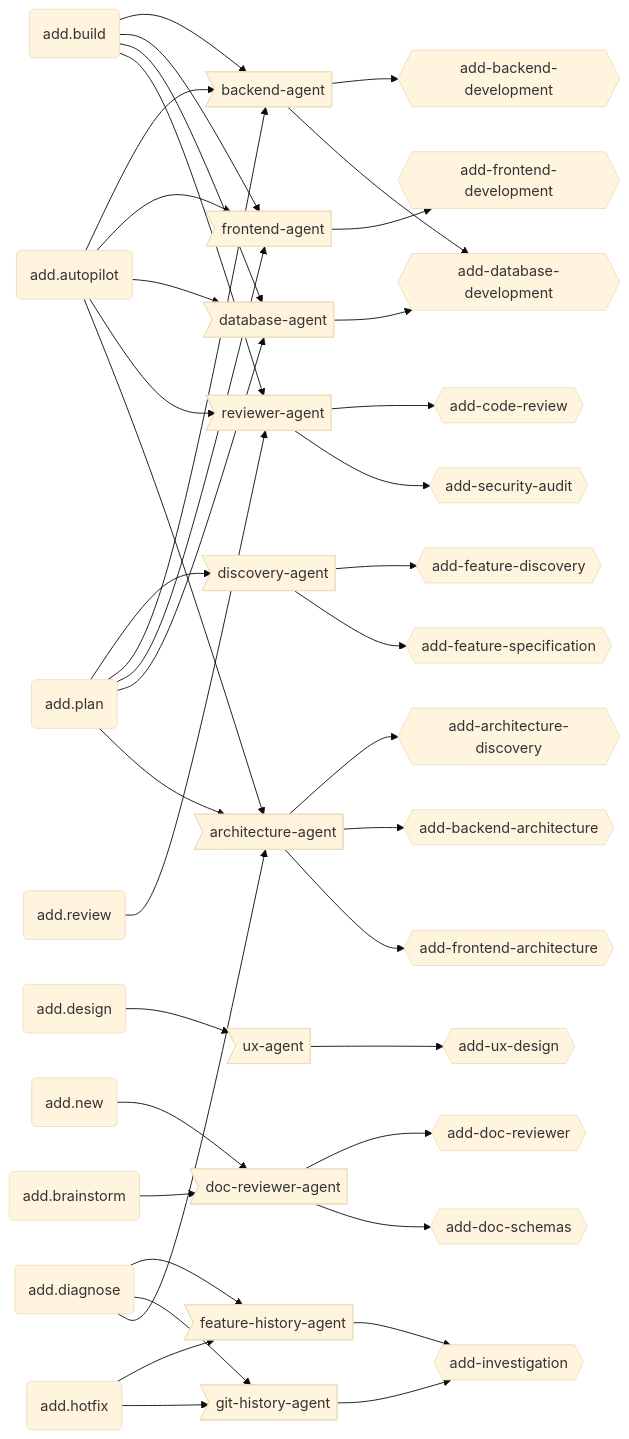
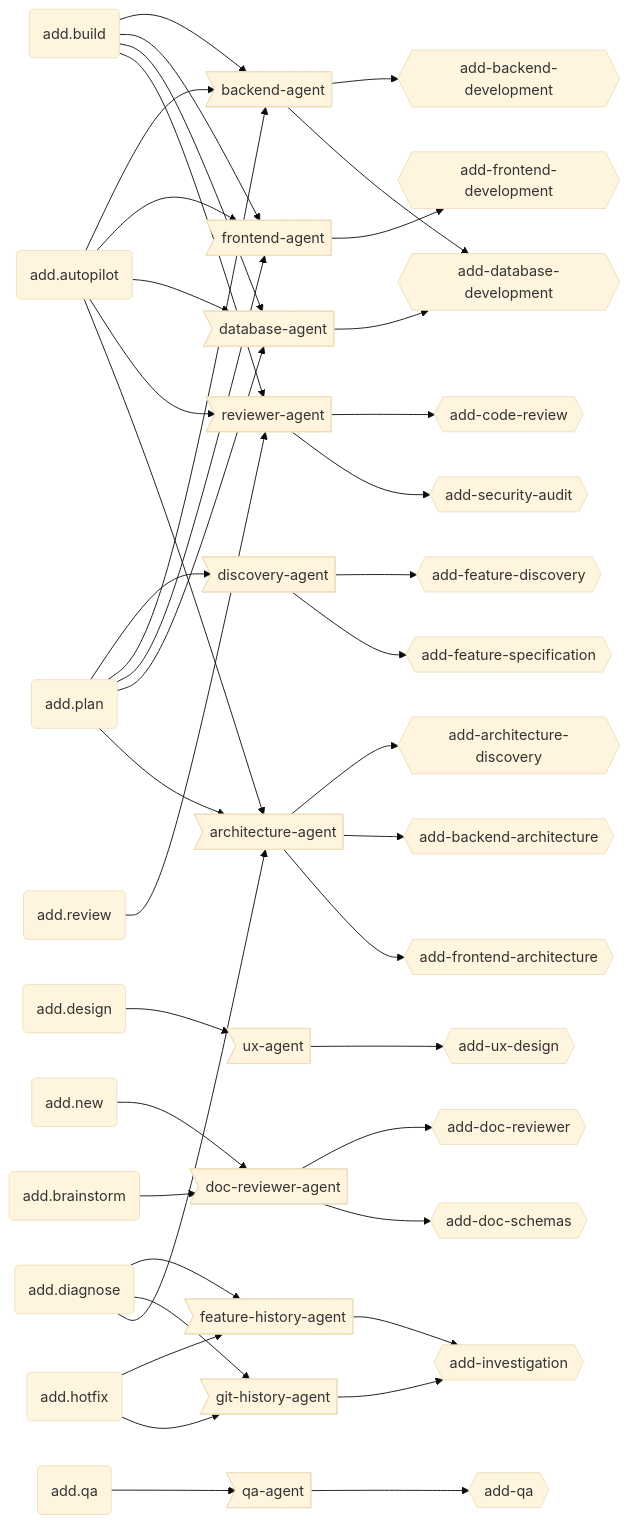
Before and after one commit to brabos-ai/code-addiction: the third of 4 diagrams in ecosystem.md, drawn with Mermaid (base theme). The commit also changed other lines of this file and 6 other files, not shown here.

````diff
--- a/ecosystem.md
+++ b/ecosystem.md
@@ -97,59 +102,64 @@
 ```mermaid
 graph LR
   AUTO(add.autopilot)
   BUILD(add.build)
   DESIGN(add.design)
   NEW(add.new)
   DIAGNOSE(add.diagnose)
   HOTFIX(add.hotfix)
   REVIEW(add.review)
   PLAN(add.plan)
   BRAINSTORM(add.brainstorm)
+  QA(add.qa)
 
   BA>backend-agent]
   FA>frontend-agent]
   DA>database-agent]
   RA>reviewer-agent]
   UXA>ux-agent]
   DISCO>discovery-agent]
   DOCR>doc-reviewer-agent]
   ARCH>architecture-agent]
   FHA>feature-history-agent]
   GHA>git-history-agent]
+  QAA>qa-agent]
 
   BE{{add-backend-development}}
   FE{{add-frontend-development}}
   DB{{add-database-development}}
   CR{{add-code-review}}
   SA{{add-security-audit}}
   UX{{add-ux-design}}
   FD{{add-feature-discovery}}
   FS{{add-feature-specification}}
   DR{{add-doc-reviewer}}
   DS{{add-doc-schemas}}
   AD{{add-architecture-discovery}}
   BARCH{{add-backend-architecture}}
   FARCH{{add-frontend-architecture}}
   IV{{add-investigation}}
+  QSK{{add-qa}}
 
   AUTO --> BA & FA & DA & RA & ARCH
   BUILD --> BA & FA & DA & RA
   DESIGN --> UXA
   NEW --> DOCR
   PLAN --> DISCO & BA & FA & DA & ARCH
   REVIEW --> RA
   BRAINSTORM --> DOCR
   DIAGNOSE --> FHA & GHA & ARCH
   HOTFIX --> FHA & GHA
+  QA --> QAA
 
   BA --> BE & DB
   FA --> FE
   DA --> DB
   RA --> CR & SA
   UXA --> UX
   DISCO --> FD & FS
   DOCR --> DR & DS
   ARCH --> AD & BARCH & FARCH
   FHA --> IV
   GHA --> IV
+  QAA --> QSK
 ```
````
